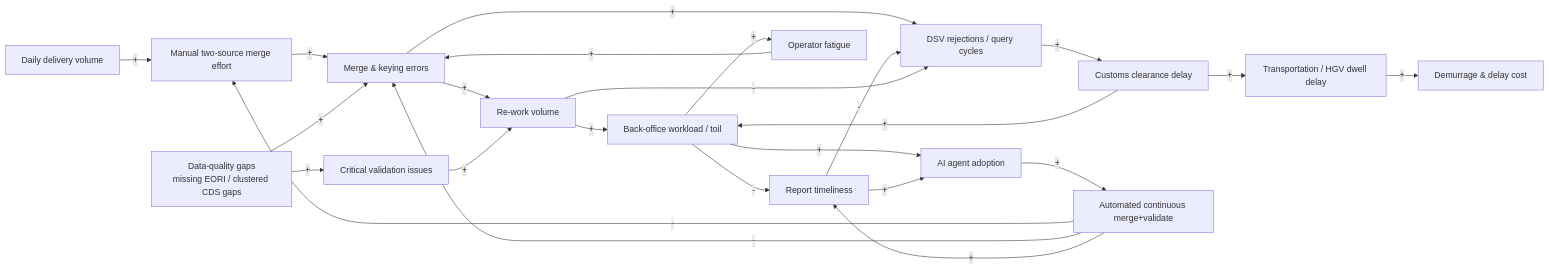
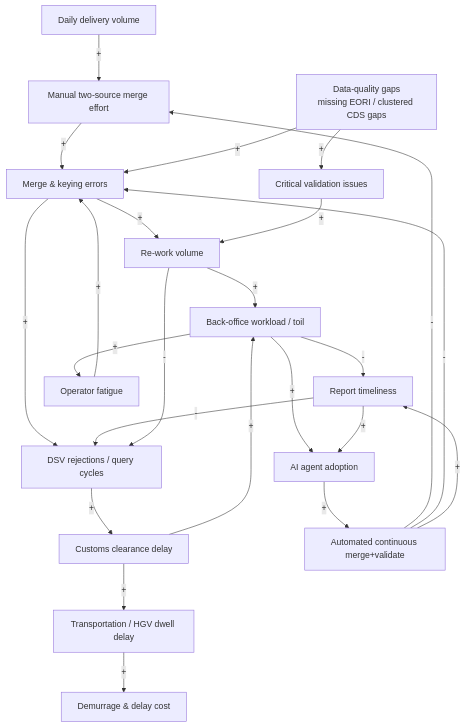
Before and after one commit to jayanthbagare/complete_book: the third of 3 diagrams in book/02-part2-danfoss.md, drawn with Mermaid. The commit also changed other lines of this file and 9 other files, not shown here.

First line of the commit message:
Fix site layout and unreadable diagrams

````diff
--- a/book/02-part2-danfoss.md
+++ b/book/02-part2-danfoss.md
@@ -389,46 +389,46 @@
 ```mermaid
-graph LR
+graph TD
     VOL[Daily delivery volume]
     MERGE[Manual two-source merge effort]
     DQ[Data-quality gaps<br/>missing EORI / clustered CDS gaps]
     ERR[Merge & keying errors]
     CRIT[Critical validation issues]
     REWORK[Re-work volume]
     TIMELY[Report timeliness]
     REJECT[DSV rejections / query cycles]
     CLRDELAY[Customs clearance delay]
     TRANSPORT[Transportation / HGV dwell delay]
     DEMUR[Demurrage & delay cost]
     WORKLOAD[Back-office workload / toil]
     FATIGUE[Operator fatigue]
     ADOPT[AI agent adoption]
     AUTO[Automated continuous merge+validate]
 
-    MERGE -->|+| ERR
-    ERR -->|+| REWORK
-    REWORK -->|+| WORKLOAD
-    WORKLOAD -->|+| FATIGUE
-    FATIGUE -->|+| ERR
+    MERGE -->|#43;| ERR
+    ERR -->|#43;| REWORK
+    REWORK -->|#43;| WORKLOAD
+    WORKLOAD -->|#43;| FATIGUE
+    FATIGUE -->|#43;| ERR
 
-    ERR -->|+| REJECT
-    REJECT -->|+| CLRDELAY
-    CLRDELAY -->|+| WORKLOAD
-    WORKLOAD -->|-| TIMELY
-    TIMELY -->|-| REJECT
+    ERR -->|#43;| REJECT
+    REJECT -->|#43;| CLRDELAY
+    CLRDELAY -->|#43;| WORKLOAD
+    WORKLOAD -->|#45;| TIMELY
+    TIMELY -->|#45;| REJECT
 
-    VOL -->|+| MERGE
-    DQ -->|+| CRIT
-    DQ -->|+| ERR
-    CRIT -->|+| REWORK
-    REWORK -->|-| REJECT
+    VOL -->|#43;| MERGE
+    DQ -->|#43;| CRIT
+    DQ -->|#43;| ERR
+    CRIT -->|#43;| REWORK
+    REWORK -->|#45;| REJECT
 
-    CLRDELAY -->|+| TRANSPORT
-    TRANSPORT -->|+| DEMUR
+    CLRDELAY -->|#43;| TRANSPORT
+    TRANSPORT -->|#43;| DEMUR
 
-    WORKLOAD -->|+| ADOPT
-    ADOPT -->|+| AUTO
-    AUTO -->|-| MERGE
-    AUTO -->|-| ERR
-    AUTO -->|+| TIMELY
-    TIMELY -->|+| ADOPT
+    WORKLOAD -->|#43;| ADOPT
+    ADOPT -->|#43;| AUTO
+    AUTO -->|#45;| MERGE
+    AUTO -->|#45;| ERR
+    AUTO -->|#43;| TIMELY
+    TIMELY -->|#43;| ADOPT
 ```
````
